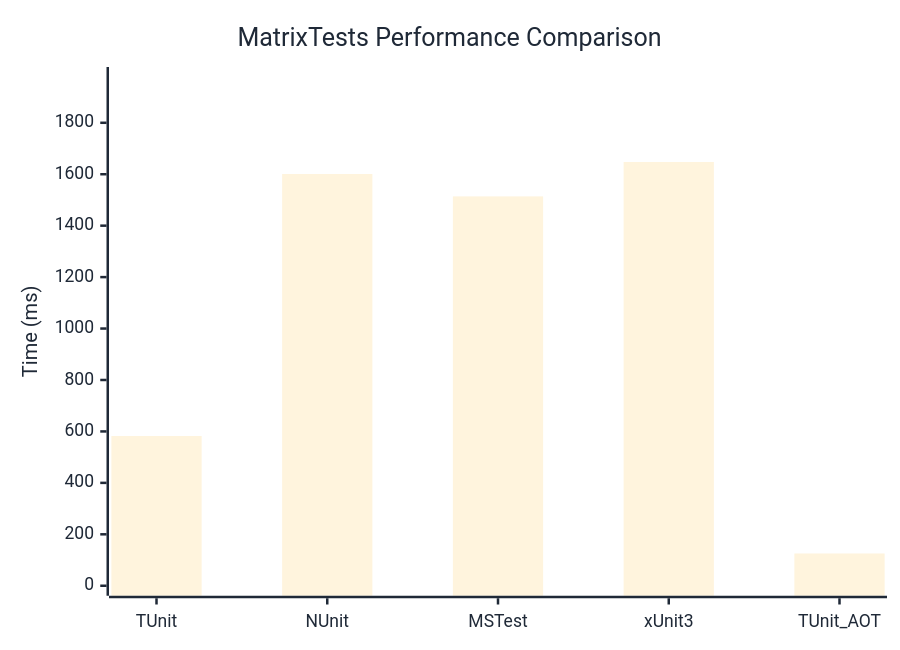
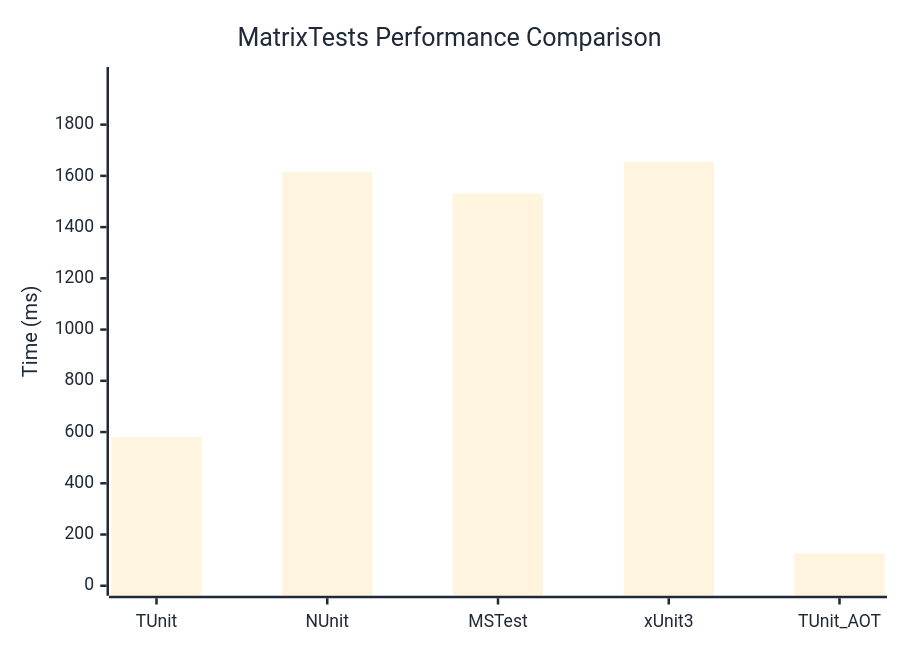
Before and after one commit to thomhurst/TUnit: the diagram in docs/docs/benchmarks/MatrixTests.md, drawn with Mermaid. The commit also changed other lines of this file and 17 other files, not shown here.

````diff
--- a/docs/docs/benchmarks/MatrixTests.md
+++ b/docs/docs/benchmarks/MatrixTests.md
@@ -27,37 +27,37 @@
 ```mermaid
 %%{init: {
   'theme':'base',
   'themeVariables': {
     'primaryColor': '#2563eb',
     'primaryTextColor': '#1f2937',
     'primaryBorderColor': '#1e40af',
     'lineColor': '#6b7280',
     'secondaryColor': '#7c3aed',
     'tertiaryColor': '#dc2626',
     'background': '#ffffff',
     'mainBkg': '#2563eb',
     'secondBkg': '#7c3aed',
     'tertiaryBkg': '#dc2626',
     'clusterBkg': '#f3f4f6',
     'edgeLabelBackground': '#ffffff',
     'tertiaryTextColor': '#1f2937',
     'pie1': '#2563eb',
     'pie2': '#7c3aed',
     'pie3': '#dc2626',
     'pie4': '#f59e0b',
     'pie5': '#10b981',
     'pie6': '#06b6d4',
     'pie7': '#ec4899',
     'pie8': '#6366f1',
     'pie9': '#84cc16',
     'pie10': '#f97316',
     'pie11': '#14b8a6',
     'pie12': '#a855f7'
   }
 }}%%
 xychart-beta
   title "MatrixTests Performance Comparison"
   x-axis ["TUnit", "NUnit", "MSTest", "xUnit3", "TUnit_AOT"]
-  y-axis "Time (ms)" 0 --> 1978
-  bar [582.3, 1600.9, 1513.8, 1647.6, 125.5]
+  y-axis "Time (ms)" 0 --> 1986
+  bar [580.3, 1613.6, 1530.8, 1654.9, 126.3]
 ```
````
